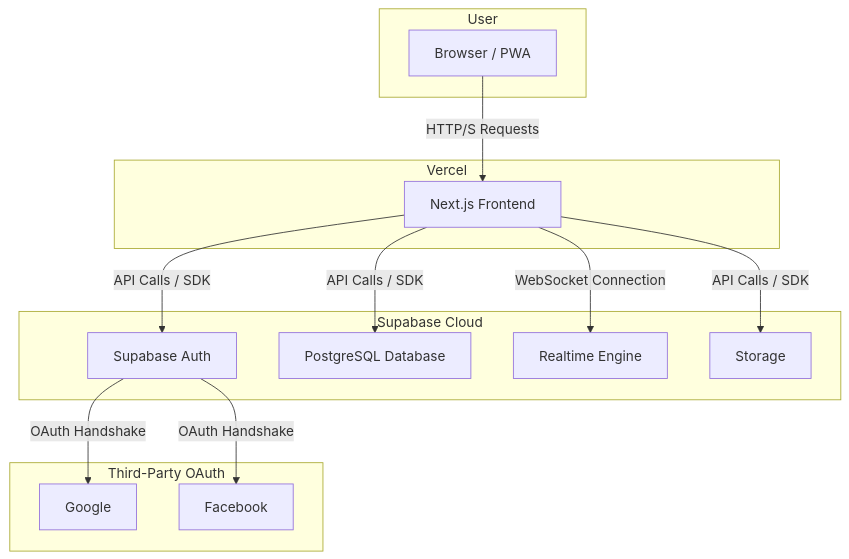
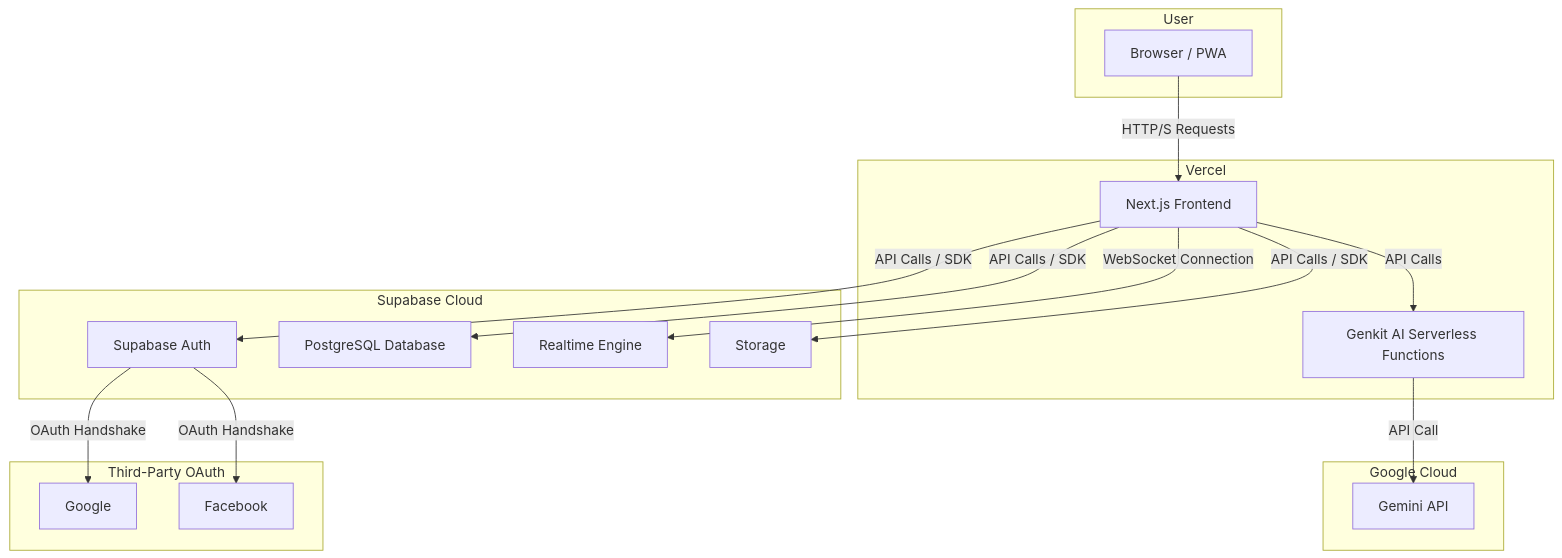
One commit to Sharmamayankkkk/chat changed the first of 2 diagrams in SYNOPSIS.md. Above: the diagram before and after it, drawn with Mermaid. The commit also changed other lines of this file and 2 other files, not shown here.

````diff
--- a/SYNOPSIS.md
+++ b/SYNOPSIS.md
@@ -80,31 +82,39 @@
 ```mermaid
 graph TD
     subgraph "User"
         A[Browser / PWA]
     end
 
     subgraph "Vercel"
         B[Next.js Frontend]
+        I[Genkit AI Serverless Functions]
     end
     
     subgraph "Supabase Cloud"
         C[Supabase Auth]
         D[PostgreSQL Database]
         E[Realtime Engine]
         F[Storage]
+    end
+
+    subgraph "Google Cloud"
+        J[Gemini API]
     end
 
     subgraph "Third-Party OAuth"
         G[Google]
         H[Facebook]
     end
 
     A -- HTTP/S Requests --> B
     B -- API Calls / SDK --> C
     B -- API Calls / SDK --> D
     B -- WebSocket Connection --> E
     B -- API Calls / SDK --> F
+    B -- API Calls --> I
+    
+    I -- API Call --> J
     
     C -- OAuth Handshake --> G
     C -- OAuth Handshake --> H
 ```
````
